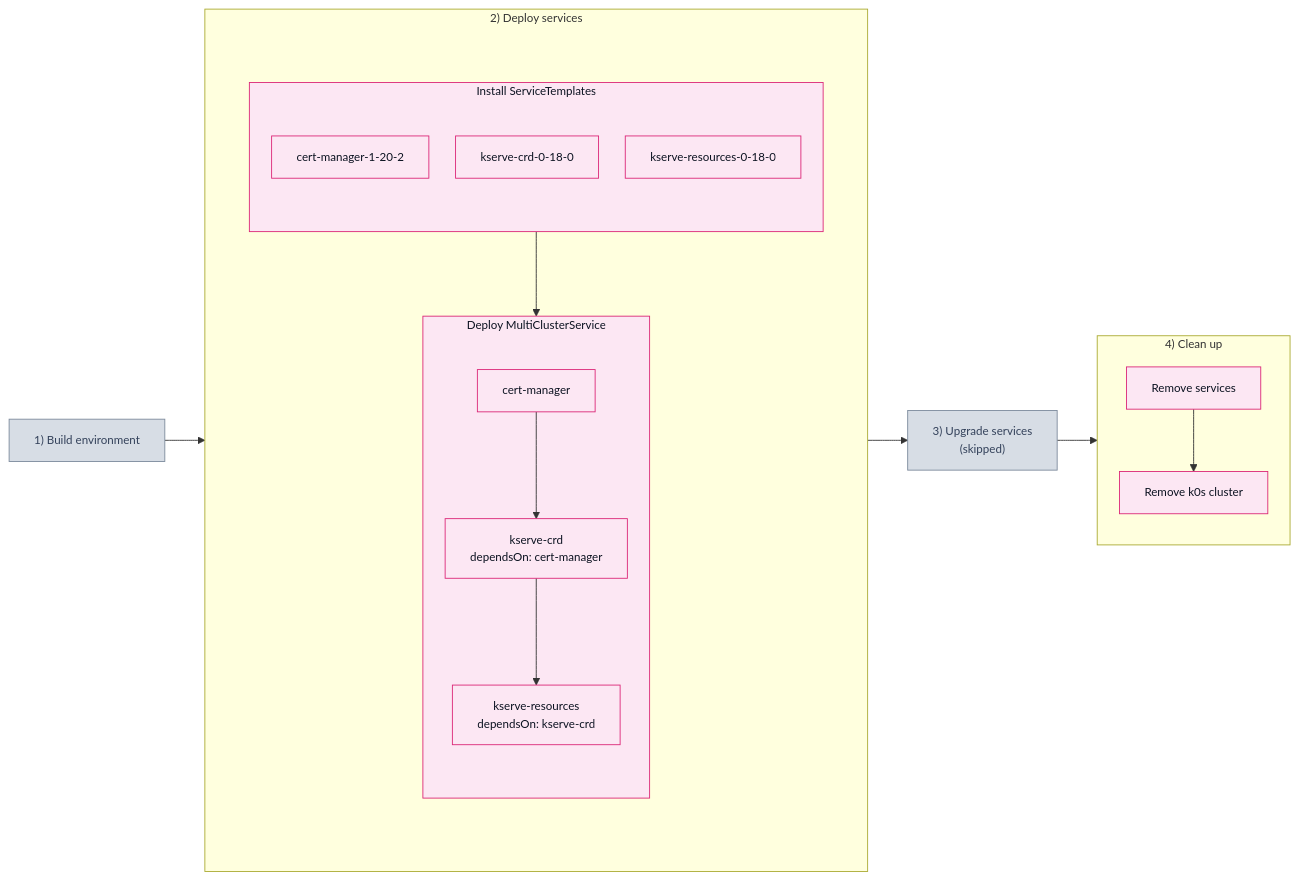
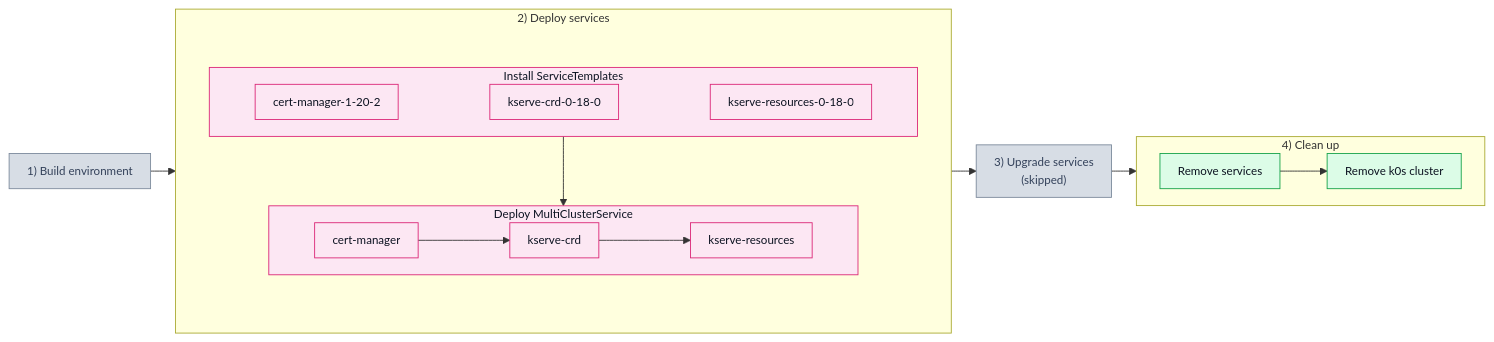
One commit to josef-hak/ksm-tests changed the second of 2 diagrams in test_scenarios/201_svcdep.md. Above: the diagram before and after it, drawn with Mermaid.

Commit message:
docs: green cleanup, tighter phase 2

````diff
--- a/test_scenarios/201_svcdep.md
+++ b/test_scenarios/201_svcdep.md
@@ -29,40 +29,41 @@
 ```mermaid
-%%{init: {'themeVariables': {'fontFamily': 'ui-monospace, SFMono-Regular, Menlo, Consolas, monospace', 'fontSize': '13px'}, 'flowchart': {'padding': 14, 'nodeSpacing': 30, 'rankSpacing': 45}}}%%
+%%{init: {'themeVariables': {'fontFamily': 'ui-monospace, SFMono-Regular, Menlo, Consolas, monospace', 'fontSize': '13px'}, 'flowchart': {'padding': 10, 'nodeSpacing': 18, 'rankSpacing': 28}}}%%
 flowchart LR
     P1["1) Build environment"]
 
     subgraph P2["2) Deploy services"]
         subgraph W2[" "]
             direction TB
             subgraph D1["Install ServiceTemplates"]
-                direction TB
-                T1["cert-manager-1-20-2"]
-                T2["kserve-crd-0-18-0"]
-                T3["kserve-resources-0-18-0"]
+                direction LR
+                T1["cert-manager-1-20-2"] ~~~ T2["kserve-crd-0-18-0"] ~~~ T3["kserve-resources-0-18-0"]
             end
 
             subgraph D2["Deploy MultiClusterService"]
-                direction TB
-                M1["cert-manager"] --> M2["kserve-crd<br/>dependsOn: cert-manager"] --> M3["kserve-resources<br/>dependsOn: kserve-crd"]
+                direction LR
+                M1["cert-manager"] --> M2["kserve-crd"] --> M3["kserve-resources"]
             end
 
             D1 --> D2
         end
     end
 
     P3["3) Upgrade services<br/>(skipped)"]
 
     subgraph P4["4) Clean up"]
+        direction LR
         C1["Remove services"] --> C2["Remove k0s cluster"]
     end
 
     P1 --> P2 --> P3 --> P4
 
     classDef off fill:#d7dde5,stroke:#7c8a9c,color:#33415a
     classDef pink fill:#fce7f3,stroke:#db2777,color:#0b1220
+    classDef green fill:#dcfce7,stroke:#16a34a,color:#0b1220
     classDef bare fill:none,stroke:none
 
     class P1,P3 off
-    class D1,D2,T1,T2,T3,M1,M2,M3,C1,C2 pink
+    class D1,D2,T1,T2,T3,M1,M2,M3 pink
+    class C1,C2 green
     class W2 bare
 ```
````
